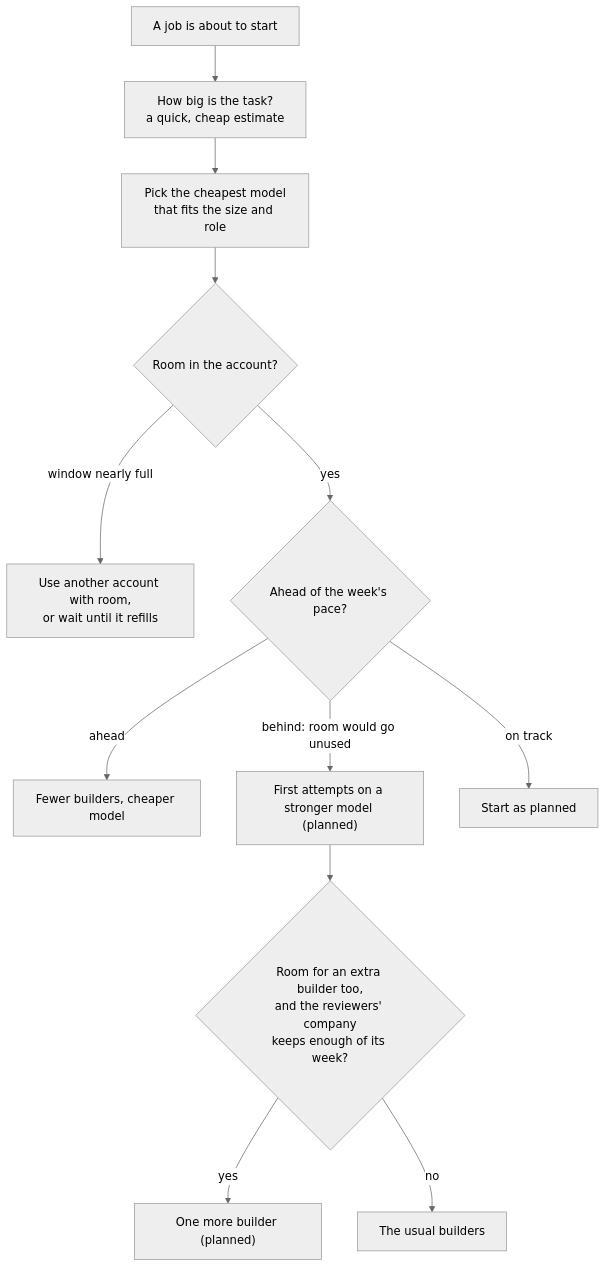
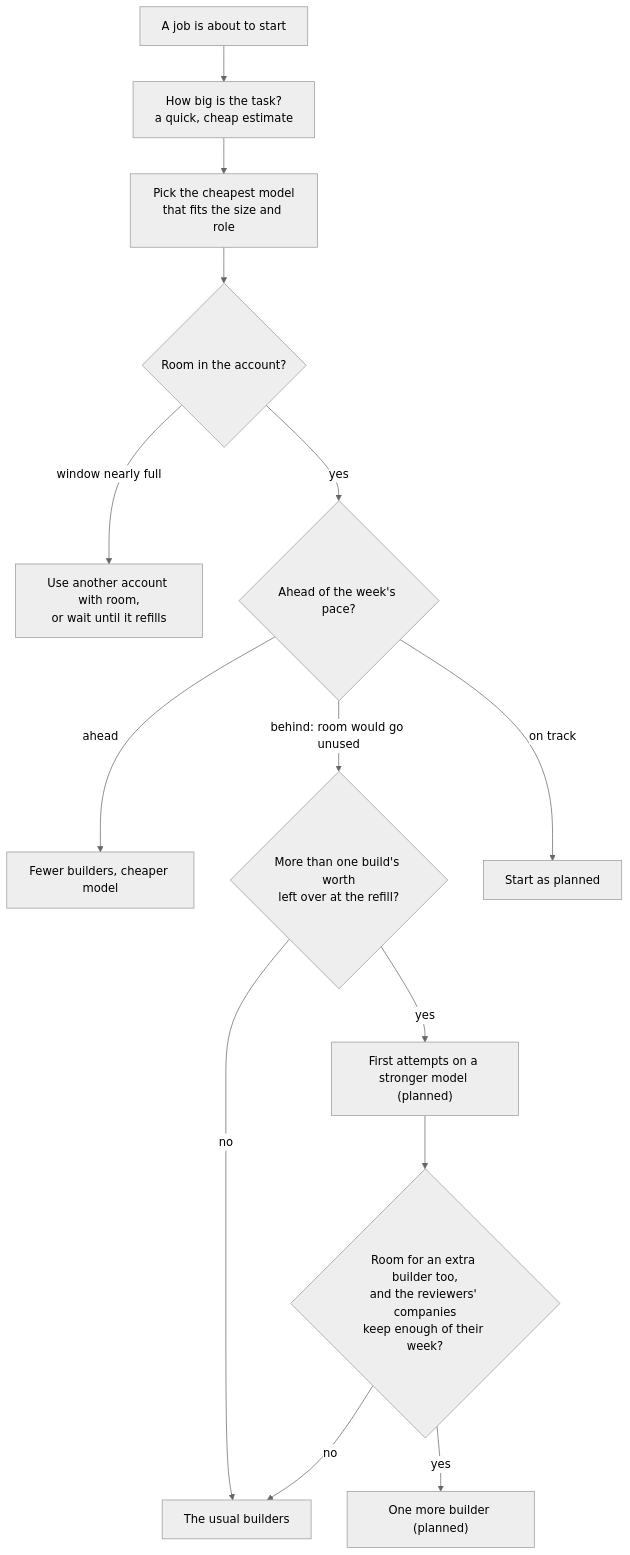
One commit to shinyredapples/intakt changed the diagram in docs/guide/accounts-and-costs.md. Above: the diagram before and after it, drawn with Mermaid (neutral theme). The commit also changed other lines of this file and 3 other files, not shown here.

Commit message:
docs(design): cover several second vendors, separate the expiring-room arm, gate the diagrams

````diff
--- a/docs/guide/accounts-and-costs.md
+++ b/docs/guide/accounts-and-costs.md
@@ -27,14 +27,16 @@
 ```mermaid
 flowchart TD
   job[A job is about to start] --> size[How big is the task?<br/>a quick, cheap estimate]
   size --> model[Pick the cheapest model<br/>that fits the size and role]
   model --> room{Room in the account?}
   room -- "window nearly full" --> wait[Use another account with room,<br/>or wait until it refills]
   room -- yes --> pace{Ahead of the week's pace?}
   pace -- ahead --> less[Fewer builders, cheaper model]
-  pace -- "behind: room would go unused" --> strong["First attempts on a stronger model (planned)"]
-  strong --> extra{"Room for an extra builder too,<br/>and the reviewers' company<br/>keeps enough of its week?"}
+  pace -- "behind: room would go unused" --> left{"More than one build's worth<br/>left over at the refill?"}
+  left -- no --> same
+  left -- yes --> strong["First attempts on a stronger model (planned)"]
+  strong --> extra{"Room for an extra builder too,<br/>and the reviewers' companies<br/>keep enough of their week?"}
   extra -- yes --> more["One more builder (planned)"]
   extra -- no --> same[The usual builders]
   pace -- on track --> go[Start as planned]
 ```
````
